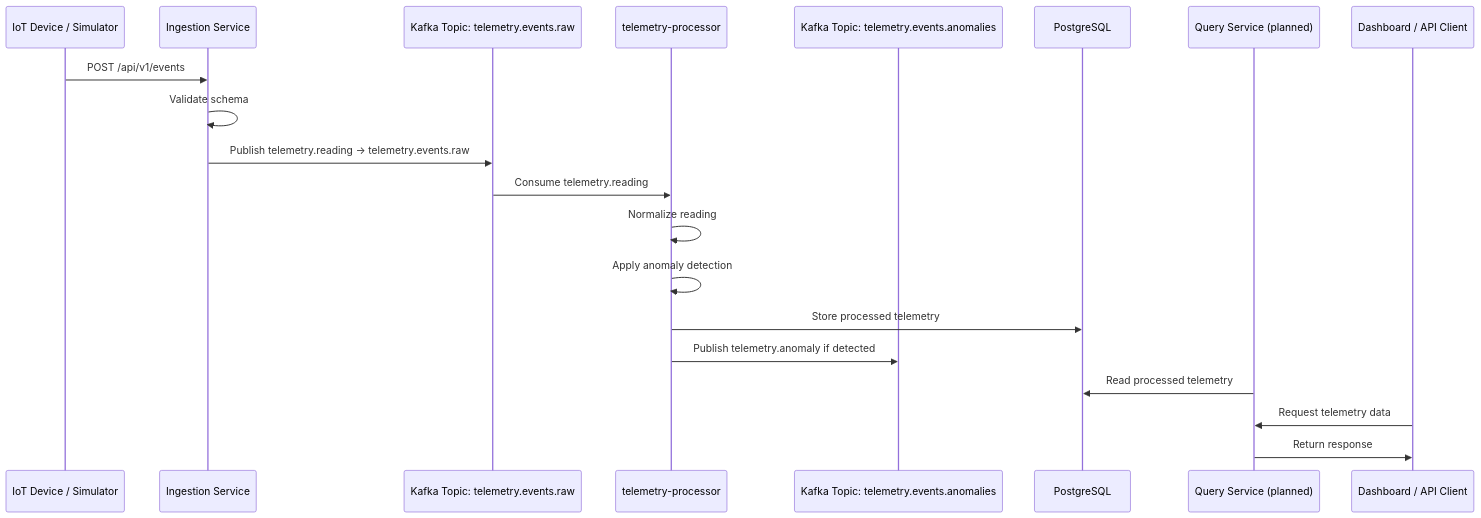
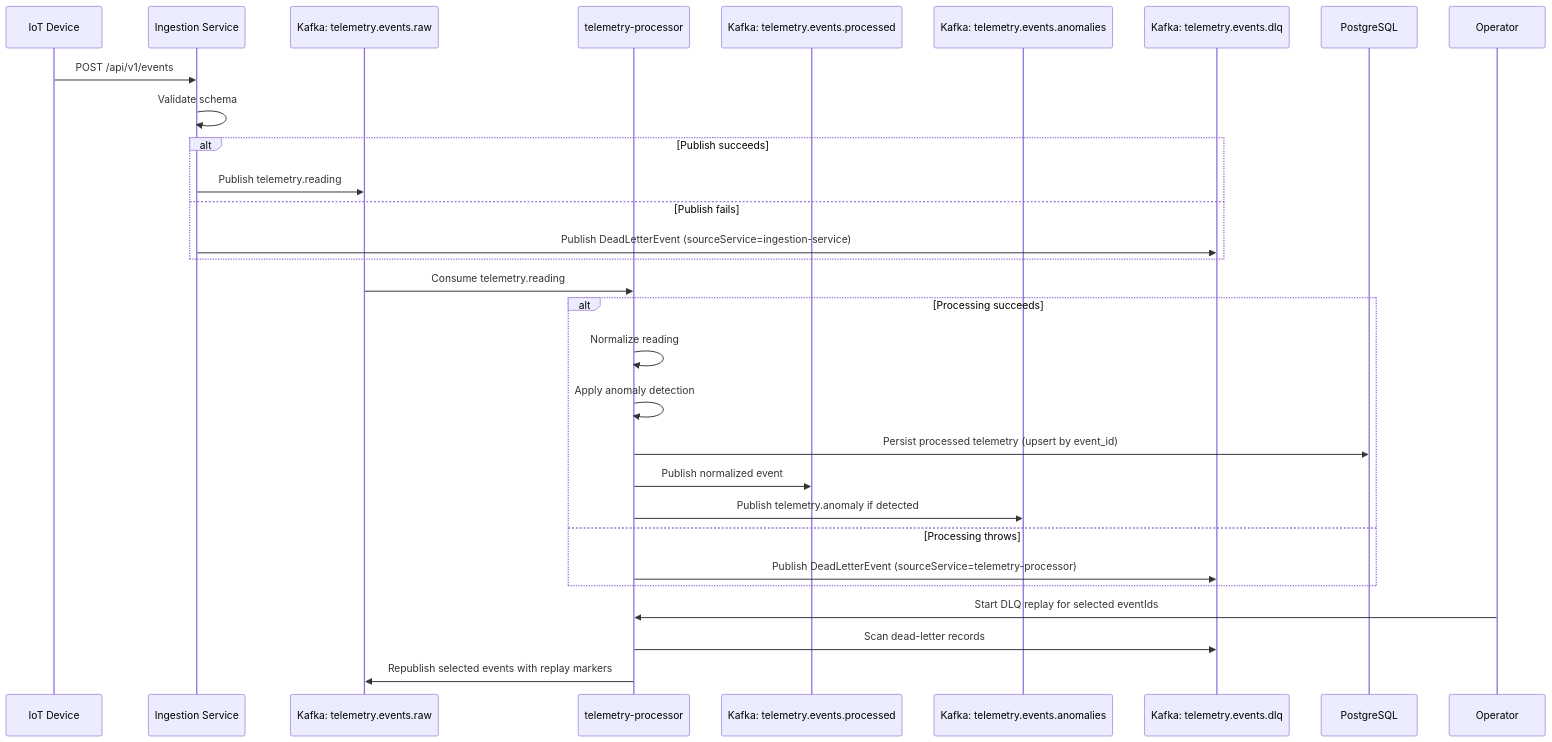
The diagram in docs/diagrams/event-flow.md (ME-Massine/pulsestream), drawn with Mermaid before and after one commit. The commit also changed other lines of this file and 15 other files, not shown here.

First line of the commit message:
docs: synchronize project state, roadmap, and diagrams (#261)

````diff
--- a/docs/diagrams/event-flow.md
+++ b/docs/diagrams/event-flow.md
@@ -5,23 +5,35 @@
 ```mermaid
 sequenceDiagram
-    participant Device as IoT Device / Simulator
+    participant Device as IoT Device
     participant Ingestion as Ingestion Service
-    participant Kafka as Kafka Topic: telemetry.events.raw
+    participant Raw as Kafka: telemetry.events.raw
     participant Processor as telemetry-processor
-    participant Anomalies as Kafka Topic: telemetry.events.anomalies
+    participant Processed as Kafka: telemetry.events.processed
+    participant Anomalies as Kafka: telemetry.events.anomalies
+    participant Dlq as Kafka: telemetry.events.dlq
     participant DB as PostgreSQL
-    participant Query as Query Service (planned)
-    participant Dashboard as Dashboard / API Client
+    participant Operator as Operator
 
     Device->>Ingestion: POST /api/v1/events
     Ingestion->>Ingestion: Validate schema
-    Ingestion->>Kafka: Publish telemetry.reading → telemetry.events.raw
-    Kafka->>Processor: Consume telemetry.reading
-    Processor->>Processor: Normalize reading
-    Processor->>Processor: Apply anomaly detection
-    Processor->>DB: Store processed telemetry
-    Processor->>Anomalies: Publish telemetry.anomaly if detected
-    Query->>DB: Read processed telemetry
-    Dashboard->>Query: Request telemetry data
-    Query->>Dashboard: Return response
+    alt Publish succeeds
+        Ingestion->>Raw: Publish telemetry.reading
+    else Publish fails
+        Ingestion->>Dlq: Publish DeadLetterEvent (sourceService=ingestion-service)
+    end
+
+    Raw->>Processor: Consume telemetry.reading
+    alt Processing succeeds
+        Processor->>Processor: Normalize reading
+        Processor->>Processor: Apply anomaly detection
+        Processor->>DB: Persist processed telemetry (upsert by event_id)
+        Processor->>Processed: Publish normalized event
+        Processor->>Anomalies: Publish telemetry.anomaly if detected
+    else Processing throws
+        Processor->>Dlq: Publish DeadLetterEvent (sourceService=telemetry-processor)
+    end
+
+    Operator->>Processor: Start DLQ replay for selected eventIds
+    Processor->>Dlq: Scan dead-letter records
+    Processor->>Raw: Republish selected events with replay markers
 ```
````
